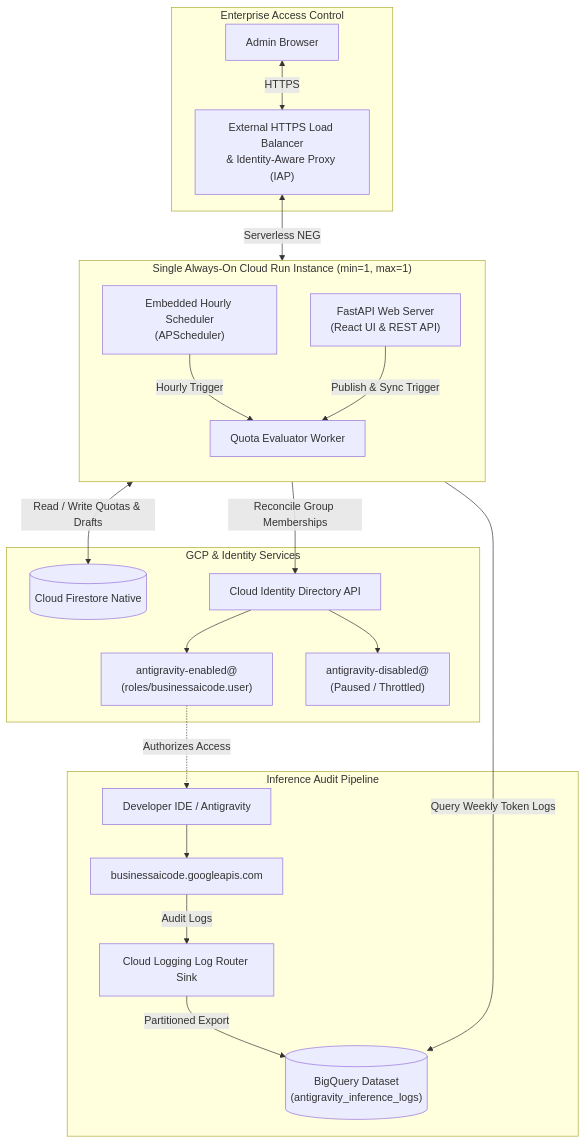
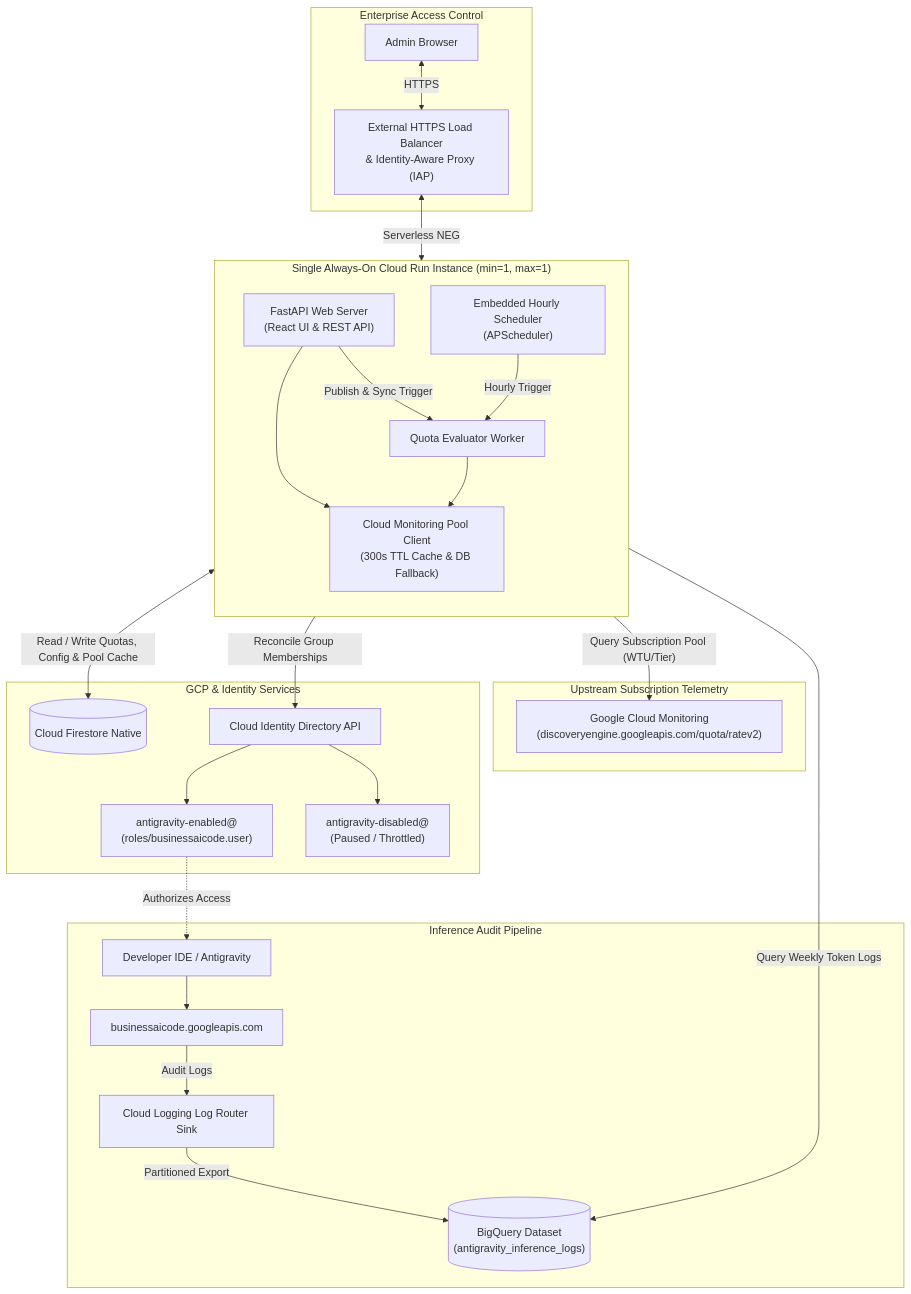
Before and after one commit to agentspace-ge/agy-quota-config-dash: the first of 2 diagrams in README.md, drawn with Mermaid. The commit also changed other lines of this file and 2 other files, not shown here.

Commit message:
docs: update README and SPECIFICATION with Antigravity Weekly Quota Pool

````diff
--- a/README.md
+++ b/README.md
@@ -89,31 +98,39 @@
 ```mermaid
 flowchart TD
     subgraph Antigravity ["Inference Audit Pipeline"]
         Dev["Developer IDE / Antigravity"] --> BAIC["businessaicode.googleapis.com"]
         BAIC -->|"Audit Logs"| LR["Cloud Logging Log Router Sink"]
         LR -->|"Partitioned Export"| BQ[("BigQuery Dataset\n(antigravity_inference_logs)")]
+    end
+
+    subgraph SubscriptionPool ["Upstream Subscription Telemetry"]
+        CM["Google Cloud Monitoring\n(discoveryengine.googleapis.com/quota/ratev2)"]
     end
 
     subgraph Ingress ["Enterprise Access Control"]
         Admin["Admin Browser"] <-->|"HTTPS"| IAP["External HTTPS Load Balancer\n& Identity-Aware Proxy (IAP)"]
     end
 
     subgraph SingleContainer ["Single Always-On Cloud Run Instance (min=1, max=1)"]
         direction TB
         FastAPIServer["FastAPI Web Server\n(React UI & REST API)"]
         Scheduler["Embedded Hourly Scheduler\n(APScheduler)"] -->|"Hourly Trigger"| Evaluator["Quota Evaluator Worker"]
         FastAPIServer -->|"Publish & Sync Trigger"| Evaluator
+        PoolClient["Cloud Monitoring Pool Client\n(300s TTL Cache & DB Fallback)"]
+        FastAPIServer --> PoolClient
+        Evaluator --> PoolClient
     end
 
     IAP <-->|"Serverless NEG"| FastAPIServer
+    PoolClient -->|"Query Subscription Pool (WTU/Tier)"| CM
 
     subgraph Backends ["GCP & Identity Services"]
         Evaluator -->|"Query Weekly Token Logs"| BQ
-        Evaluator <-->|"Read / Write Quotas & Drafts"| FS[("Cloud Firestore Native")]
+        Evaluator <-->|"Read / Write Quotas, Config & Pool Cache"| FS[("Cloud Firestore Native")]
         Evaluator -->|"Reconcile Group Memberships"| CI["Cloud Identity Directory API"]
         CI --> G_EN["antigravity-enabled@\n(roles/businessaicode.user)"]
         CI --> G_DIS["antigravity-disabled@\n(Paused / Throttled)"]
     end
 
     G_EN -.->|"Authorizes Access"| Dev
 ```
````
